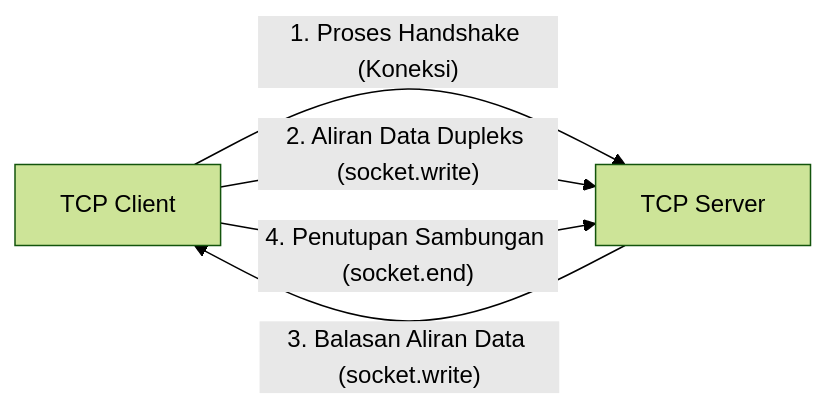
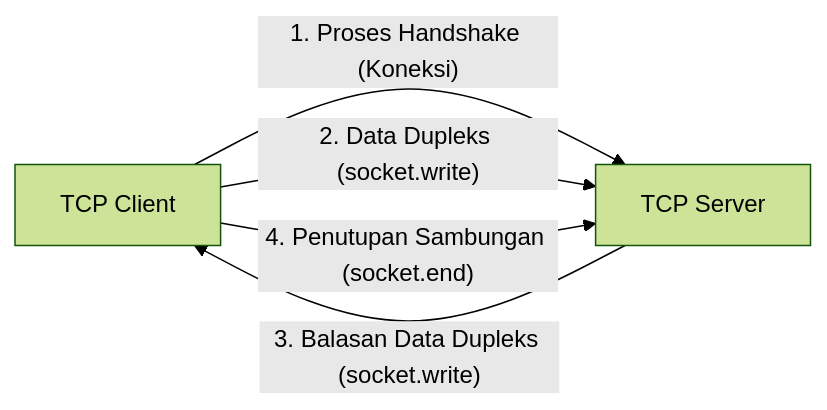
Before and after one commit to san4byte/nodejs-handbook: the diagram in 01-core-modules/12-net/README.md, drawn with Mermaid (forest theme). The commit also changed other lines of this file and 28 other files, not shown here.

````diff
--- a/01-core-modules/12-net/README.md
+++ b/01-core-modules/12-net/README.md
@@ -27,7 +27,7 @@
 ```mermaid
 flowchart LR
     CLIENT["TCP Client"] -- 1. Proses Handshake (Koneksi) --> SERVER["TCP Server"]
-    CLIENT -- 2. Aliran Data Dupleks (socket.write) --> SERVER
-    SERVER -- 3. Balasan Aliran Data (socket.write) --> CLIENT
+    CLIENT -- 2. Data Dupleks (socket.write) --> SERVER
+    SERVER -- 3. Balasan Data Dupleks (socket.write) --> CLIENT
     CLIENT -- 4. Penutupan Sambungan (socket.end) --> SERVER
 ```
````
